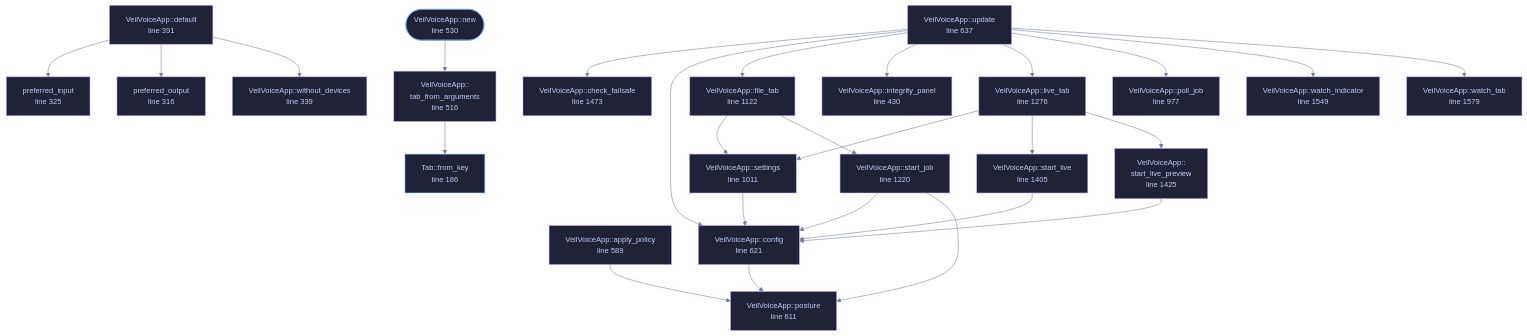
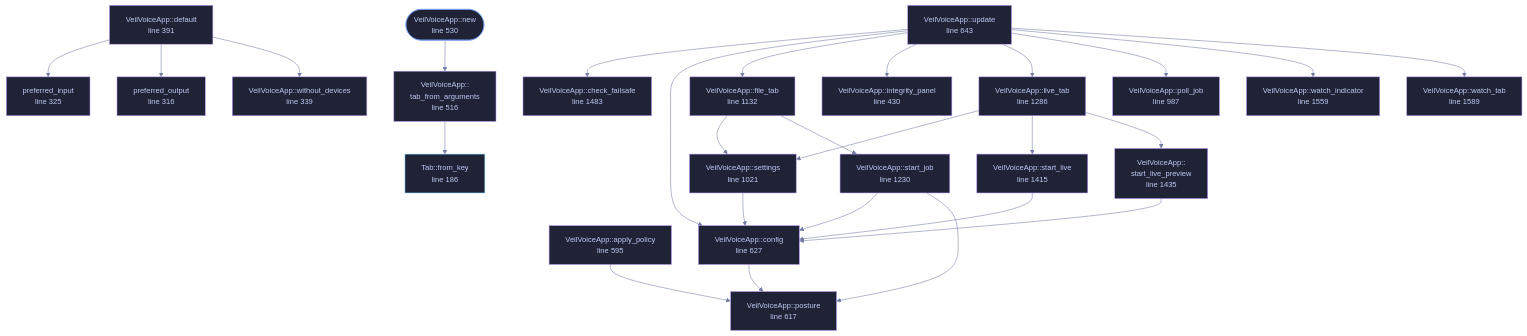
The diagram in wiki/File-veilvoice-gui-app.md (tilas01/veilvoice), drawn with Mermaid before and after one commit. The commit also changed other lines of this file and 49 other files, not shown here.

````diff
--- a/wiki/File-veilvoice-gui-app.md
+++ b/wiki/File-veilvoice-gui-app.md
@@ -165,79 +165,79 @@
 ```mermaid
 %%{init: {"theme":"base","themeVariables":{"background":"#1a1b26","primaryColor":"#1f2335","primaryTextColor":"#c0caf5","primaryBorderColor":"#7aa2f7","secondaryColor":"#16161e","tertiaryColor":"#16161e","lineColor":"#737aa2","textColor":"#c0caf5","mainBkg":"#1f2335","nodeBorder":"#7aa2f7","clusterBkg":"#16161e","clusterBorder":"#2f3549","fontFamily":"ui-monospace, SFMono-Regular, Consolas, monospace","fontSize":"14px"}}}%%
 flowchart TD
     n_from_key["Tab::from_key<br/>line 186"]
     n_preferred_output["preferred_output<br/>line 316"]
     n_preferred_input["preferred_input<br/>line 325"]
     n_without_devices["VeilVoiceApp::without_devices<br/>line 339"]
     n_default["VeilVoiceApp::default<br/>line 391"]
     n_integrity_panel["VeilVoiceApp::integrity_panel<br/>line 430"]
     n_tab_from_arguments["VeilVoiceApp::<br/>tab_from_arguments<br/>line 516"]
     n_new(["VeilVoiceApp::new<br/>line 530"])
-    n_apply_policy["VeilVoiceApp::apply_policy<br/>line 589"]
-    n_posture["VeilVoiceApp::posture<br/>line 611"]
-    n_config["VeilVoiceApp::config<br/>line 621"]
-    n_update["VeilVoiceApp::update<br/>line 637"]
-    n_poll_job["VeilVoiceApp::poll_job<br/>line 977"]
-    n_settings["VeilVoiceApp::settings<br/>line 1011"]
-    n_file_tab["VeilVoiceApp::file_tab<br/>line 1122"]
-    n_start_job["VeilVoiceApp::start_job<br/>line 1220"]
-    n_live_tab["VeilVoiceApp::live_tab<br/>line 1276"]
-    n_start_live["VeilVoiceApp::start_live<br/>line 1405"]
-    n_start_live_preview["VeilVoiceApp::<br/>start_live_preview<br/>line 1425"]
-    n_check_failsafe["VeilVoiceApp::check_failsafe<br/>line 1473"]
-    n_watch_indicator["VeilVoiceApp::watch_indicator<br/>line 1549"]
-    n_watch_tab["VeilVoiceApp::watch_tab<br/>line 1579"]
+    n_apply_policy["VeilVoiceApp::apply_policy<br/>line 595"]
+    n_posture["VeilVoiceApp::posture<br/>line 617"]
+    n_config["VeilVoiceApp::config<br/>line 627"]
+    n_update["VeilVoiceApp::update<br/>line 643"]
+    n_poll_job["VeilVoiceApp::poll_job<br/>line 987"]
+    n_settings["VeilVoiceApp::settings<br/>line 1021"]
+    n_file_tab["VeilVoiceApp::file_tab<br/>line 1132"]
+    n_start_job["VeilVoiceApp::start_job<br/>line 1230"]
+    n_live_tab["VeilVoiceApp::live_tab<br/>line 1286"]
+    n_start_live["VeilVoiceApp::start_live<br/>line 1415"]
+    n_start_live_preview["VeilVoiceApp::<br/>start_live_preview<br/>line 1435"]
+    n_check_failsafe["VeilVoiceApp::check_failsafe<br/>line 1483"]
+    n_watch_indicator["VeilVoiceApp::watch_indicator<br/>line 1559"]
+    n_watch_tab["VeilVoiceApp::watch_tab<br/>line 1589"]
     n_apply_policy --> n_posture
     n_config --> n_posture
     n_default --> n_preferred_input
     n_default --> n_preferred_output
     n_default --> n_without_devices
     n_file_tab --> n_settings
     n_file_tab --> n_start_job
     n_live_tab --> n_settings
     n_live_tab --> n_start_live
     n_live_tab --> n_start_live_preview
     n_new --> n_tab_from_arguments
     n_settings --> n_config
     n_start_job --> n_config
     n_start_job --> n_posture
     n_start_live --> n_config
     n_start_live_preview --> n_config
     n_tab_from_arguments --> n_from_key
     n_update --> n_check_failsafe
     n_update --> n_config
     n_update --> n_file_tab
     n_update --> n_integrity_panel
     n_update --> n_live_tab
     n_update --> n_poll_job
     n_update --> n_watch_indicator
     n_update --> n_watch_tab
     click n_from_key href "https://github.com/tilas01/veilvoice/blob/main/crates/veilvoice-gui/src/app.rs#L186" "open the source"
     click n_preferred_output href "https://github.com/tilas01/veilvoice/blob/main/crates/veilvoice-gui/src/app.rs#L316" "open the source"
     click n_preferred_input href "https://github.com/tilas01/veilvoice/blob/main/crates/veilvoice-gui/src/app.rs#L325" "open the source"
     click n_without_devices href "https://github.com/tilas01/veilvoice/blob/main/crates/veilvoice-gui/src/app.rs#L339" "open the source"
     click n_default href "https://github.com/tilas01/veilvoice/blob/main/crates/veilvoice-gui/src/app.rs#L391" "open the source"
     click n_integrity_panel href "https://github.com/tilas01/veilvoice/blob/main/crates/veilvoice-gui/src/app.rs#L430" "open the source"
     click n_tab_from_arguments href "https://github.com/tilas01/veilvoice/blob/main/crates/veilvoice-gui/src/app.rs#L516" "open the source"
     click n_new href "https://github.com/tilas01/veilvoice/blob/main/crates/veilvoice-gui/src/app.rs#L530" "open the source"
-    click n_apply_policy href "https://github.com/tilas01/veilvoice/blob/main/crates/veilvoice-gui/src/app.rs#L589" "open the source"
-    click n_posture href "https://github.com/tilas01/veilvoice/blob/main/crates/veilvoice-gui/src/app.rs#L611" "open the source"
-    click n_config href "https://github.com/tilas01/veilvoice/blob/main/crates/veilvoice-gui/src/app.rs#L621" "open the source"
-    click n_update href "https://github.com/tilas01/veilvoice/blob/main/crates/veilvoice-gui/src/app.rs#L637" "open the source"
-    click n_poll_job href "https://github.com/tilas01/veilvoice/blob/main/crates/veilvoice-gui/src/app.rs#L977" "open the source"
-    click n_settings href "https://github.com/tilas01/veilvoice/blob/main/crates/veilvoice-gui/src/app.rs#L1011" "open the source"
-    click n_file_tab href "https://github.com/tilas01/veilvoice/blob/main/crates/veilvoice-gui/src/app.rs#L1122" "open the source"
-    click n_start_job href "https://github.com/tilas01/veilvoice/blob/main/crates/veilvoice-gui/src/app.rs#L1220" "open the source"
-    click n_live_tab href "https://github.com/tilas01/veilvoice/blob/main/crates/veilvoice-gui/src/app.rs#L1276" "open the source"
-    click n_start_live href "https://github.com/tilas01/veilvoice/blob/main/crates/veilvoice-gui/src/app.rs#L1405" "open the source"
-    click n_start_live_preview href "https://github.com/tilas01/veilvoice/blob/main/crates/veilvoice-gui/src/app.rs#L1425" "open the source"
-    click n_check_failsafe href "https://github.com/tilas01/veilvoice/blob/main/crates/veilvoice-gui/src/app.rs#L1473" "open the source"
-    click n_watch_indicator href "https://github.com/tilas01/veilvoice/blob/main/crates/veilvoice-gui/src/app.rs#L1549" "open the source"
-    click n_watch_tab href "https://github.com/tilas01/veilvoice/blob/main/crates/veilvoice-gui/src/app.rs#L1579" "open the source"
+    click n_apply_policy href "https://github.com/tilas01/veilvoice/blob/main/crates/veilvoice-gui/src/app.rs#L595" "open the source"
+    click n_posture href "https://github.com/tilas01/veilvoice/blob/main/crates/veilvoice-gui/src/app.rs#L617" "open the source"
+    click n_config href "https://github.com/tilas01/veilvoice/blob/main/crates/veilvoice-gui/src/app.rs#L627" "open the source"
+    click n_update href "https://github.com/tilas01/veilvoice/blob/main/crates/veilvoice-gui/src/app.rs#L643" "open the source"
+    click n_poll_job href "https://github.com/tilas01/veilvoice/blob/main/crates/veilvoice-gui/src/app.rs#L987" "open the source"
+    click n_settings href "https://github.com/tilas01/veilvoice/blob/main/crates/veilvoice-gui/src/app.rs#L1021" "open the source"
+    click n_file_tab href "https://github.com/tilas01/veilvoice/blob/main/crates/veilvoice-gui/src/app.rs#L1132" "open the source"
+    click n_start_job href "https://github.com/tilas01/veilvoice/blob/main/crates/veilvoice-gui/src/app.rs#L1230" "open the source"
+    click n_live_tab href "https://github.com/tilas01/veilvoice/blob/main/crates/veilvoice-gui/src/app.rs#L1286" "open the source"
+    click n_start_live href "https://github.com/tilas01/veilvoice/blob/main/crates/veilvoice-gui/src/app.rs#L1415" "open the source"
+    click n_start_live_preview href "https://github.com/tilas01/veilvoice/blob/main/crates/veilvoice-gui/src/app.rs#L1435" "open the source"
+    click n_check_failsafe href "https://github.com/tilas01/veilvoice/blob/main/crates/veilvoice-gui/src/app.rs#L1483" "open the source"
+    click n_watch_indicator href "https://github.com/tilas01/veilvoice/blob/main/crates/veilvoice-gui/src/app.rs#L1559" "open the source"
+    click n_watch_tab href "https://github.com/tilas01/veilvoice/blob/main/crates/veilvoice-gui/src/app.rs#L1589" "open the source"
     classDef entry fill:#1f2335,stroke:#7aa2f7,color:#c0caf5
     class n_new entry
     classDef api fill:#1f2335,stroke:#7dcfff,color:#c0caf5
     class n_from_key api
     classDef helper fill:#1f2335,stroke:#bb9af7,color:#c0caf5
     class n_preferred_output,n_preferred_input,n_without_devices,n_default,n_integrity_panel,n_tab_from_arguments,n_apply_policy,n_posture,n_config,n_update,n_poll_job,n_settings,n_file_tab,n_start_job,n_live_tab,n_start_live,n_start_live_preview,n_check_failsafe,n_watch_indicator,n_watch_tab helper
 ```
````
